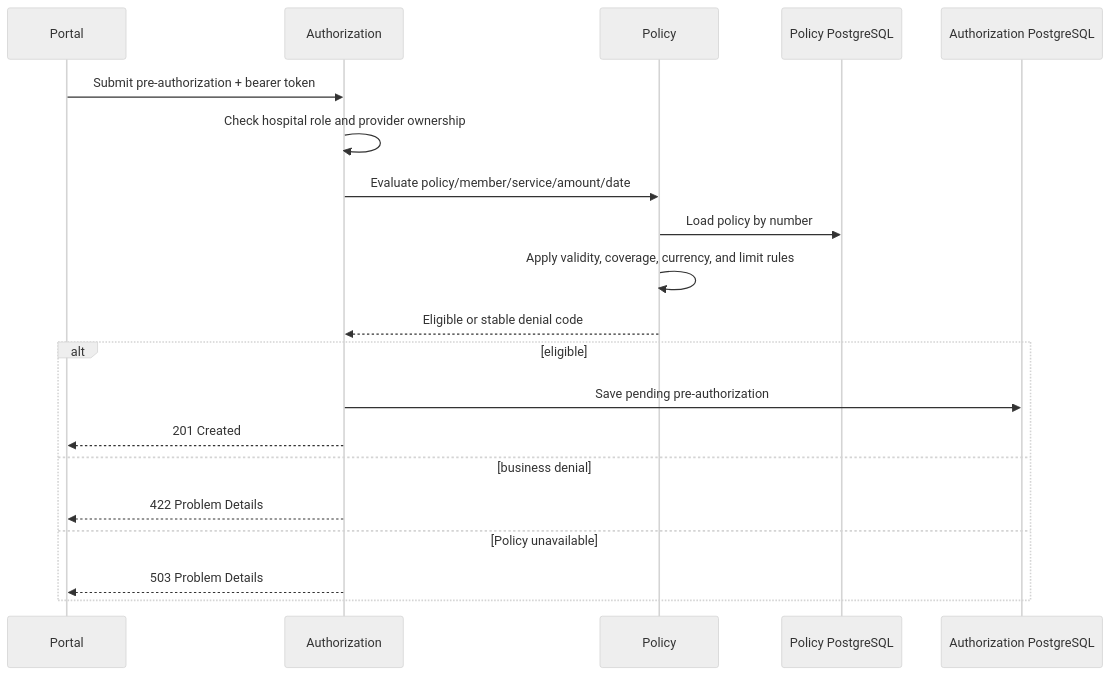
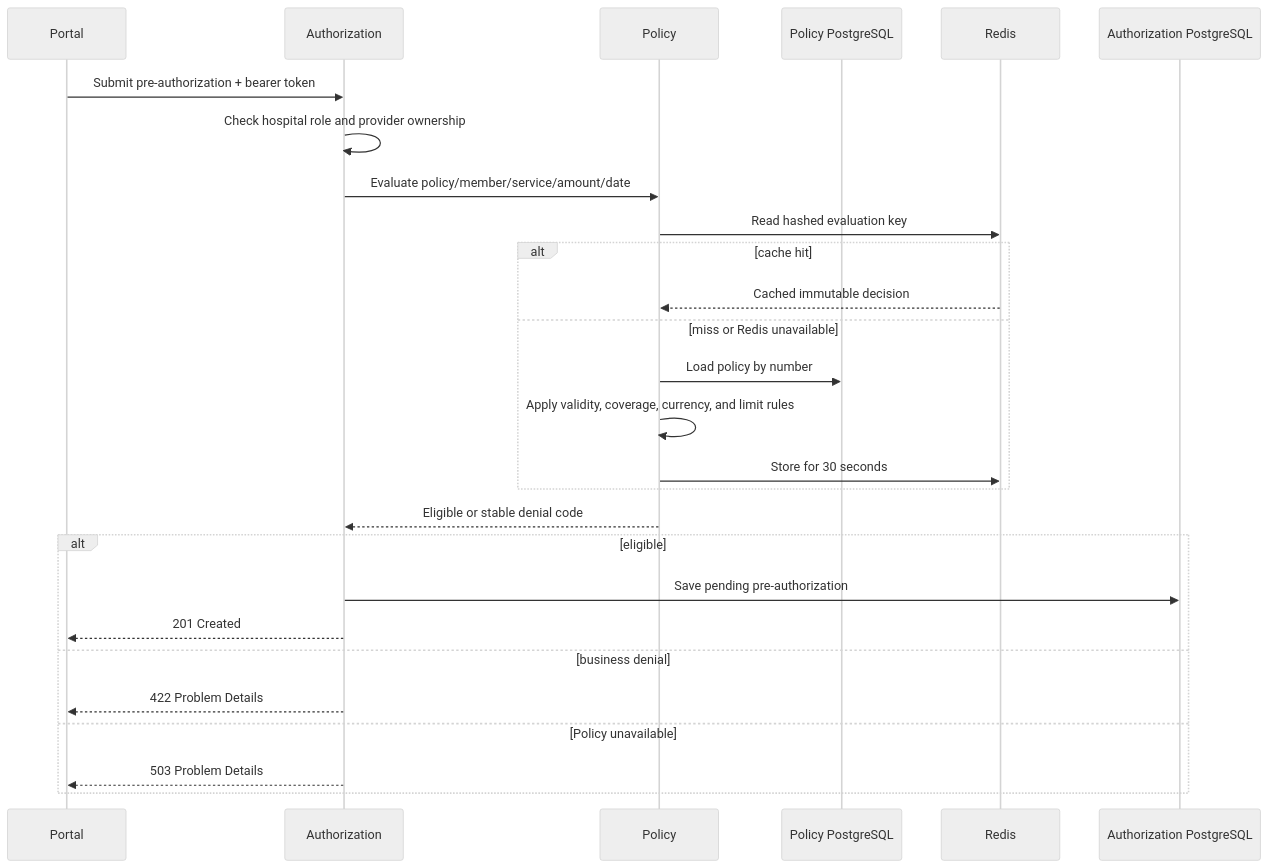
Before and after one commit to aydindemir1/health-insurance-platform: the second of 2 diagrams in docs/architecture/policy-service.md, drawn with Mermaid (neutral theme). The commit also changed other lines of this file and 23 other files, not shown here.

````diff
--- a/docs/architecture/policy-service.md
+++ b/docs/architecture/policy-service.md
@@ -33,23 +36,30 @@
 ```mermaid
 sequenceDiagram
     participant Portal
     participant Authorization
     participant Policy
     participant PolicyDB as Policy PostgreSQL
+    participant Redis
     participant AuthorizationDB as Authorization PostgreSQL
 
     Portal->>Authorization: Submit pre-authorization + bearer token
     Authorization->>Authorization: Check hospital role and provider ownership
     Authorization->>Policy: Evaluate policy/member/service/amount/date
-    Policy->>PolicyDB: Load policy by number
-    Policy->>Policy: Apply validity, coverage, currency, and limit rules
+    Policy->>Redis: Read hashed evaluation key
+    alt cache hit
+        Redis-->>Policy: Cached immutable decision
+    else miss or Redis unavailable
+        Policy->>PolicyDB: Load policy by number
+        Policy->>Policy: Apply validity, coverage, currency, and limit rules
+        Policy->>Redis: Store for 30 seconds
+    end
     Policy-->>Authorization: Eligible or stable denial code
     alt eligible
         Authorization->>AuthorizationDB: Save pending pre-authorization
         Authorization-->>Portal: 201 Created
     else business denial
         Authorization-->>Portal: 422 Problem Details
     else Policy unavailable
         Authorization-->>Portal: 503 Problem Details
     end
 ```
````
